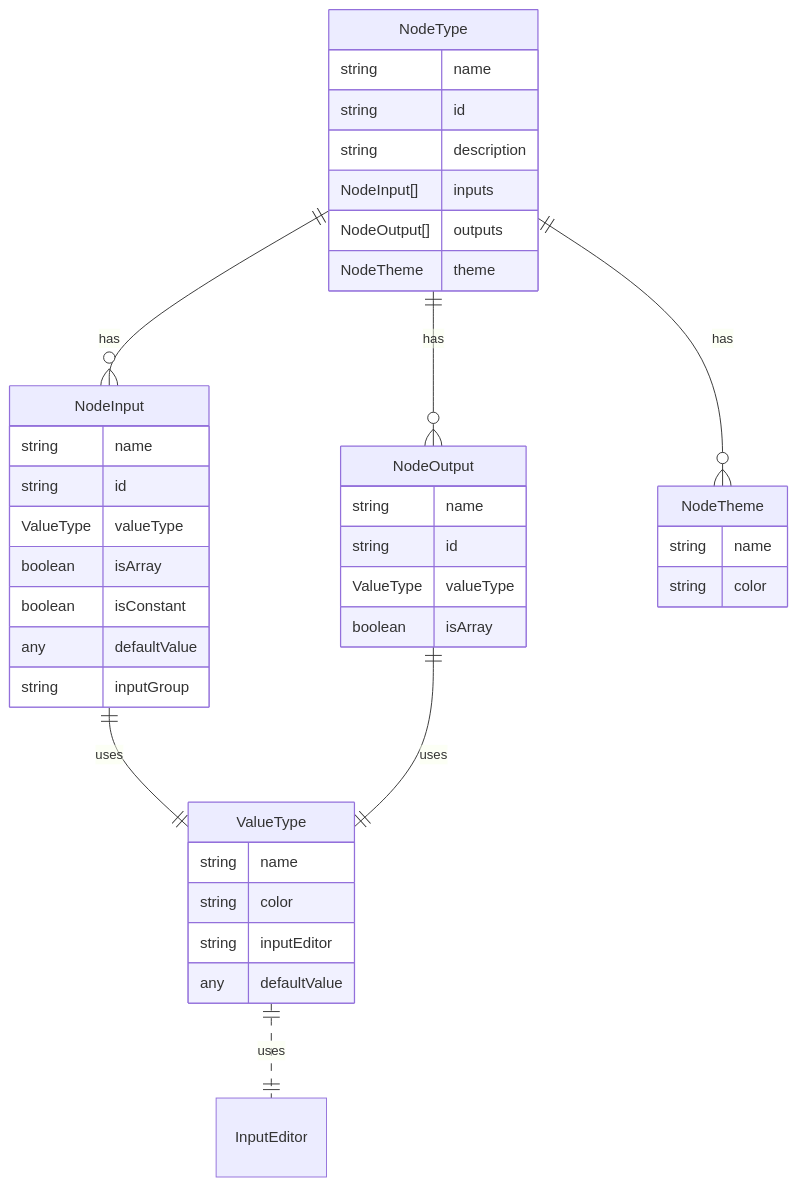
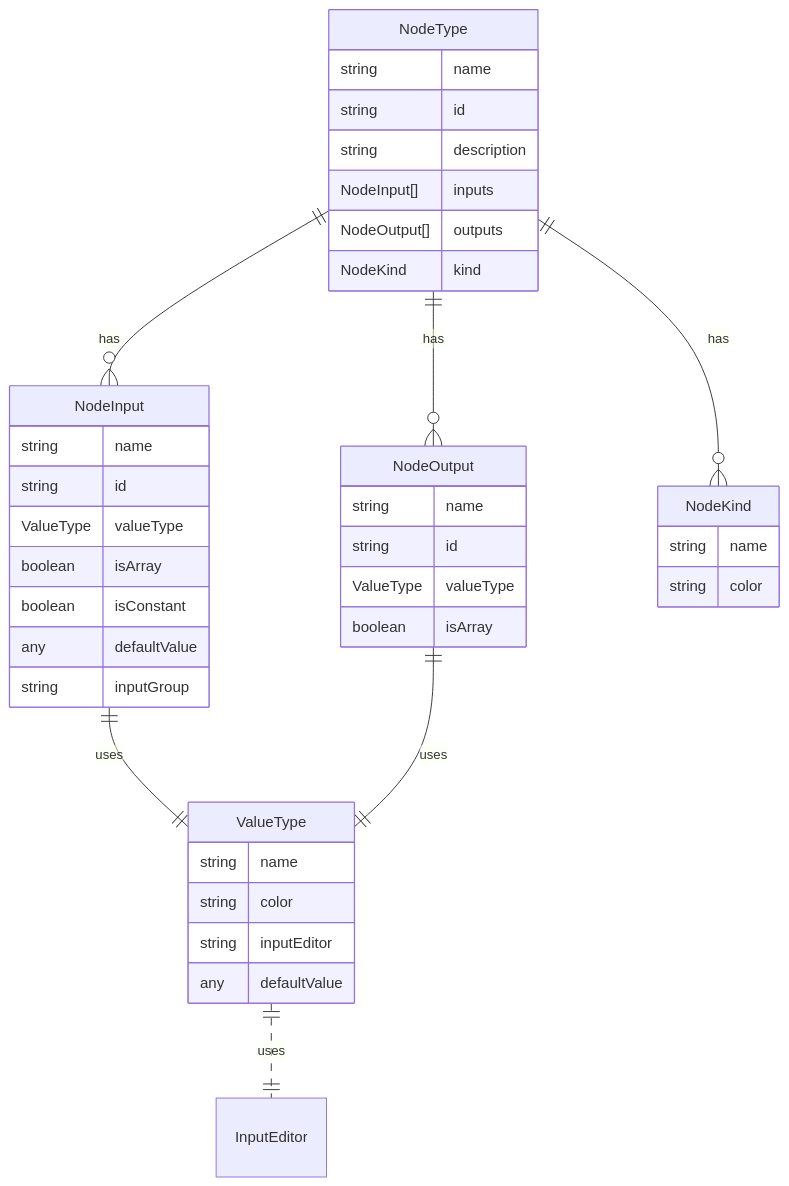
Before and after one commit to clarkmcc/ngraph: the diagram in DOCUMENTATION.md, drawn with Mermaid. The commit also changed 9 other files, not shown here.

Commit message:
Change theme to kind

````diff
--- a/DOCUMENTATION.md
+++ b/DOCUMENTATION.md
@@ -3,43 +3,43 @@
 ```mermaid
 
 erDiagram
     NodeType ||--o{ NodeInput : has
     NodeType ||--o{ NodeOutput : has
-    NodeType ||--o{ NodeTheme : has
+    NodeType ||--o{ NodeKind : has
     NodeInput ||--|| ValueType : uses
     NodeOutput ||--|| ValueType : uses
     ValueType ||..|| InputEditor : uses
     NodeInput{
         string name
         string id
         ValueType valueType
         boolean isArray
         boolean isConstant
         any defaultValue
         string inputGroup
     }
     NodeOutput{
         string name
         string id
         ValueType valueType
         boolean isArray
     }
-    NodeTheme{
+    NodeKind{
         string name
         string color
     }
     NodeType{
         string name
         string id
         string description
         NodeInput[] inputs
         NodeOutput[] outputs
-        NodeTheme theme
+        NodeKind kind
     }
     ValueType{
         string name
         string color
         string inputEditor
         any defaultValue
     }
 ```
````
